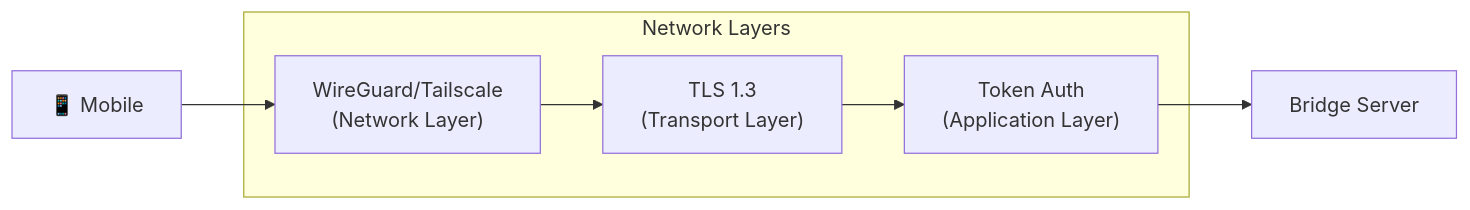
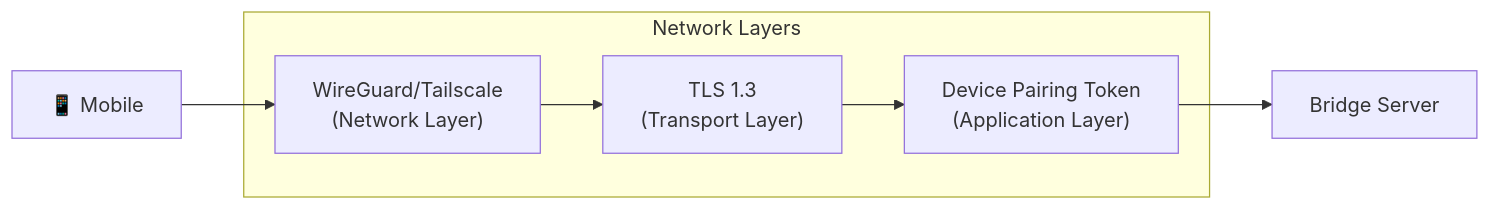
One commit to RecursiveDev/ReCursor changed the second of 2 diagrams in docs/architecture/overview.md. Above: the diagram before and after it, drawn with Mermaid. The commit also changed other lines of this file and 23 other files, not shown here.

First line of the commit message:
docs: update architecture and wireframes for startup flow

````diff
--- a/docs/architecture/overview.md
+++ b/docs/architecture/overview.md
@@ -112,13 +112,13 @@
 ```mermaid
 flowchart LR
     subgraph Network["Network Layers"]
         WireGuard["WireGuard/Tailscale\n(Network Layer)"]
         TLS["TLS 1.3\n(Transport Layer)"]
-        Auth["Token Auth\n(Application Layer)"]
+        Auth["Device Pairing Token\n(Application Layer)"]
     end
 
     Phone["📱 Mobile"] --> WireGuard
     WireGuard --> TLS
     TLS --> Auth
     Auth --> Bridge["Bridge Server"]
 ```
````
